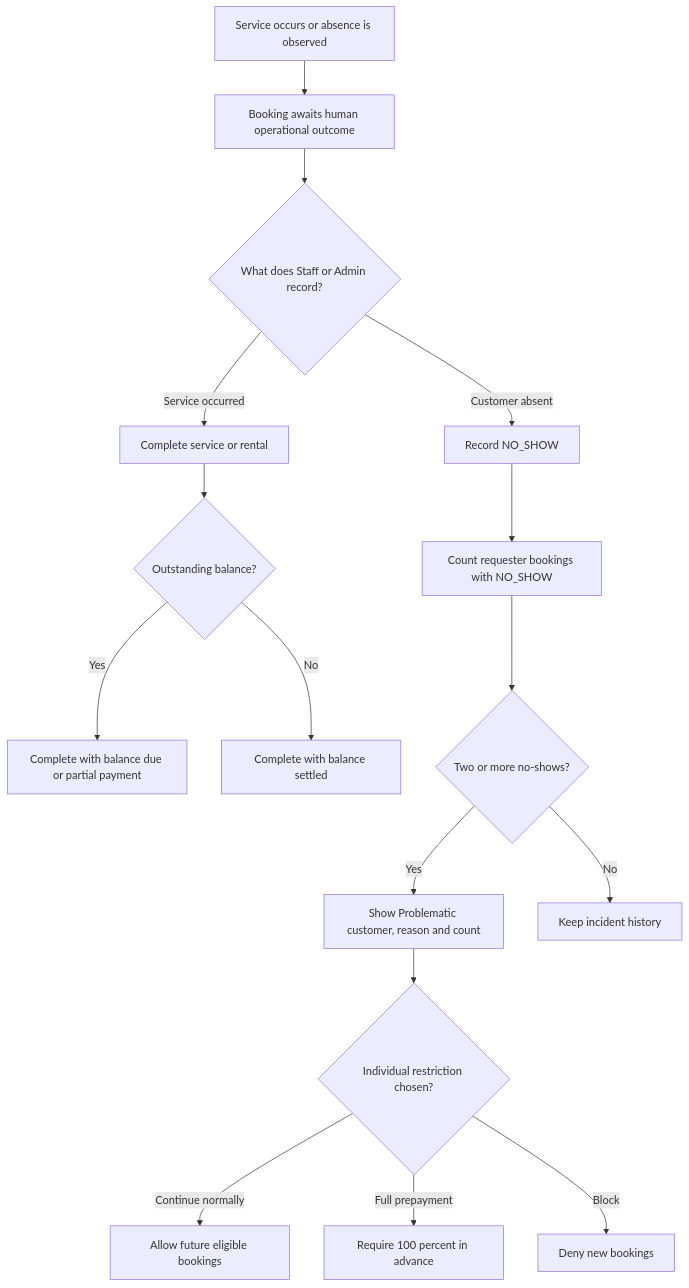
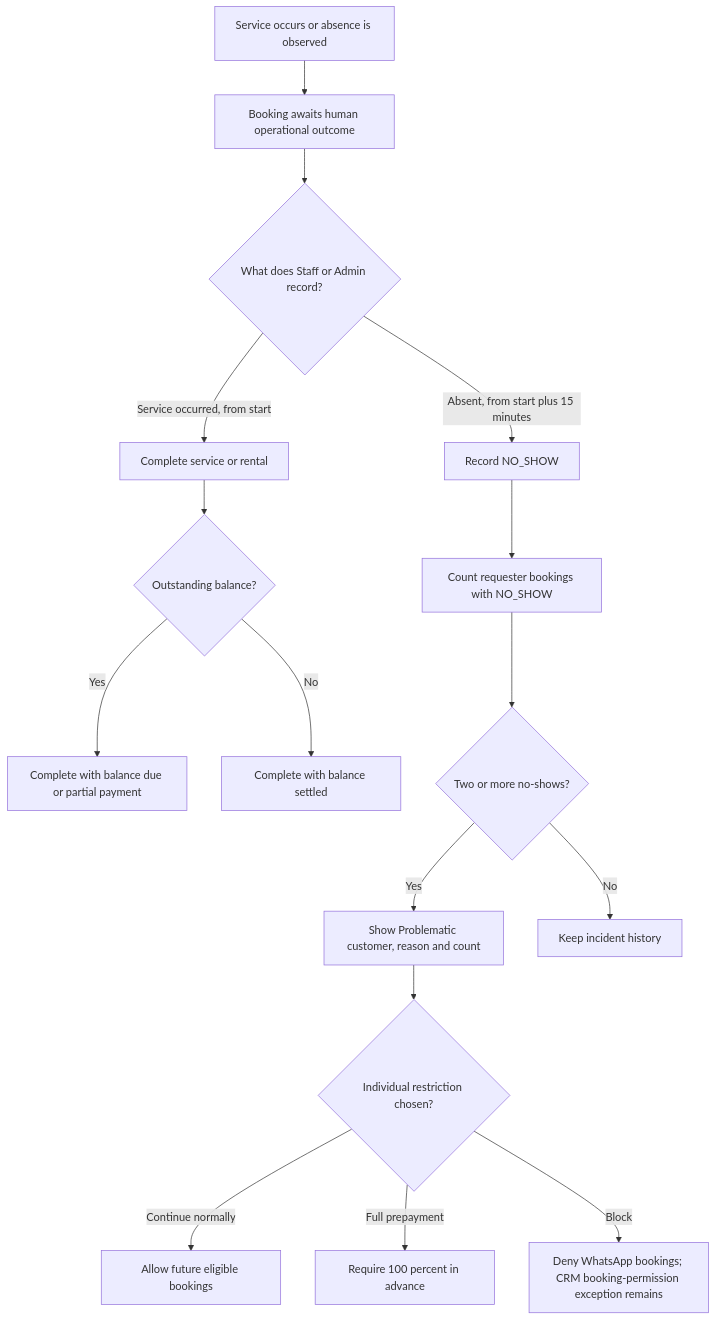
Before and after one commit to nanonoir/Agendoxa: the sixth of 8 diagrams in docs/product-specs/uc-01/flows.md, drawn with Mermaid. The commit also changed other lines of this file and 11 other files, not shown here.

````diff
--- a/docs/product-specs/uc-01/flows.md
+++ b/docs/product-specs/uc-01/flows.md
@@ -335,18 +353,18 @@
 ```mermaid
 flowchart TD
     A[Service occurs or absence is observed] --> B[Booking awaits human operational outcome]
     B --> C{What does Staff or Admin record?}
-    C -->|Service occurred| D[Complete service or rental]
-    C -->|Customer absent| E[Record NO_SHOW]
+    C -->|Service occurred, from start| D[Complete service or rental]
+    C -->|Absent, from start plus 15 minutes| E[Record NO_SHOW]
     D --> F{Outstanding balance?}
     F -->|Yes| G[Complete with balance due or partial payment]
     F -->|No| H[Complete with balance settled]
     E --> I[Count requester bookings with NO_SHOW]
     I --> J{Two or more no-shows?}
     J -->|Yes| K[Show Problematic customer, reason and count]
     J -->|No| L[Keep incident history]
     K --> M{Individual restriction chosen?}
     M -->|Continue normally| N[Allow future eligible bookings]
     M -->|Full prepayment| O[Require 100 percent in advance]
-    M -->|Block| P[Deny new bookings]
+    M -->|Block| P[Deny WhatsApp bookings; CRM booking-permission exception remains]
 ```
````
